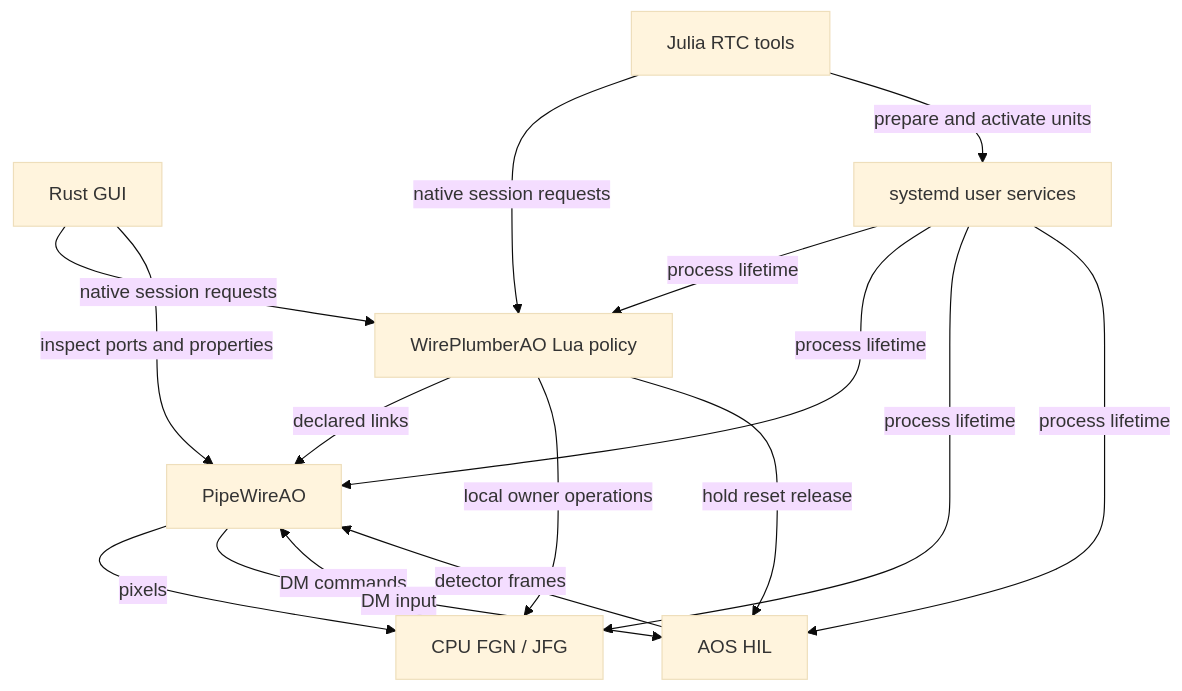
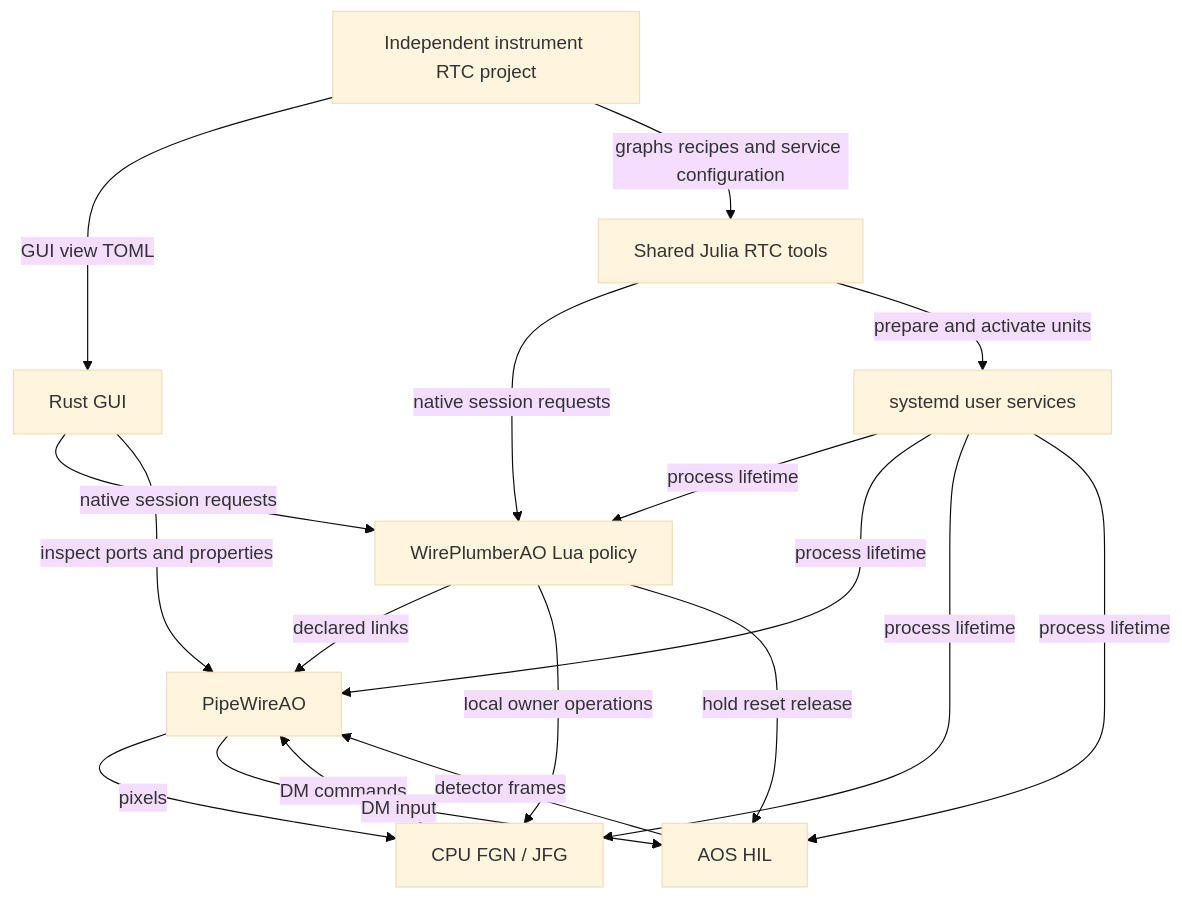
The diagram in docs/JULIA_RTC_STRUCTURE_PLAN.md (DarrylGamroth/pipewireao-rtc), drawn with Mermaid (base theme) before and after one commit. The commit also changed other lines of this file and 2 other files, not shown here.

Commit message:
docs: separate shared RTC tools from instrument projects

````diff
--- a/docs/JULIA_RTC_STRUCTURE_PLAN.md
+++ b/docs/JULIA_RTC_STRUCTURE_PLAN.md
@@ -32,25 +32,28 @@
 ```mermaid
 flowchart TD
+    Instrument["Independent instrument RTC project"]
     GUI["Rust GUI"]
-    Tools["Julia RTC tools"]
+    Tools["Shared Julia RTC tools"]
     Systemd["systemd user services"]
     Policy["WirePlumberAO Lua policy"]
     PW["PipeWireAO"]
     Graphs["CPU FGN / JFG"]
     Plant["AOS HIL"]
+    Instrument -->|GUI view TOML| GUI
+    Instrument -->|graphs recipes and service configuration| Tools
     GUI -->|native session requests| Policy
     Tools -->|native session requests| Policy
     Tools -->|prepare and activate units| Systemd
     Systemd -->|process lifetime| Policy
     Systemd -->|process lifetime| PW
     Systemd -->|process lifetime| Graphs
     Systemd -->|process lifetime| Plant
     GUI -->|inspect ports and properties| PW
     Policy -->|declared links| PW
     Policy -->|local owner operations| Graphs
     Policy -->|hold reset release| Plant
     Plant -->|detector frames| PW
     PW -->|pixels| Graphs
     Graphs -->|DM commands| PW
     PW -->|DM input| Plant
 ```
````
